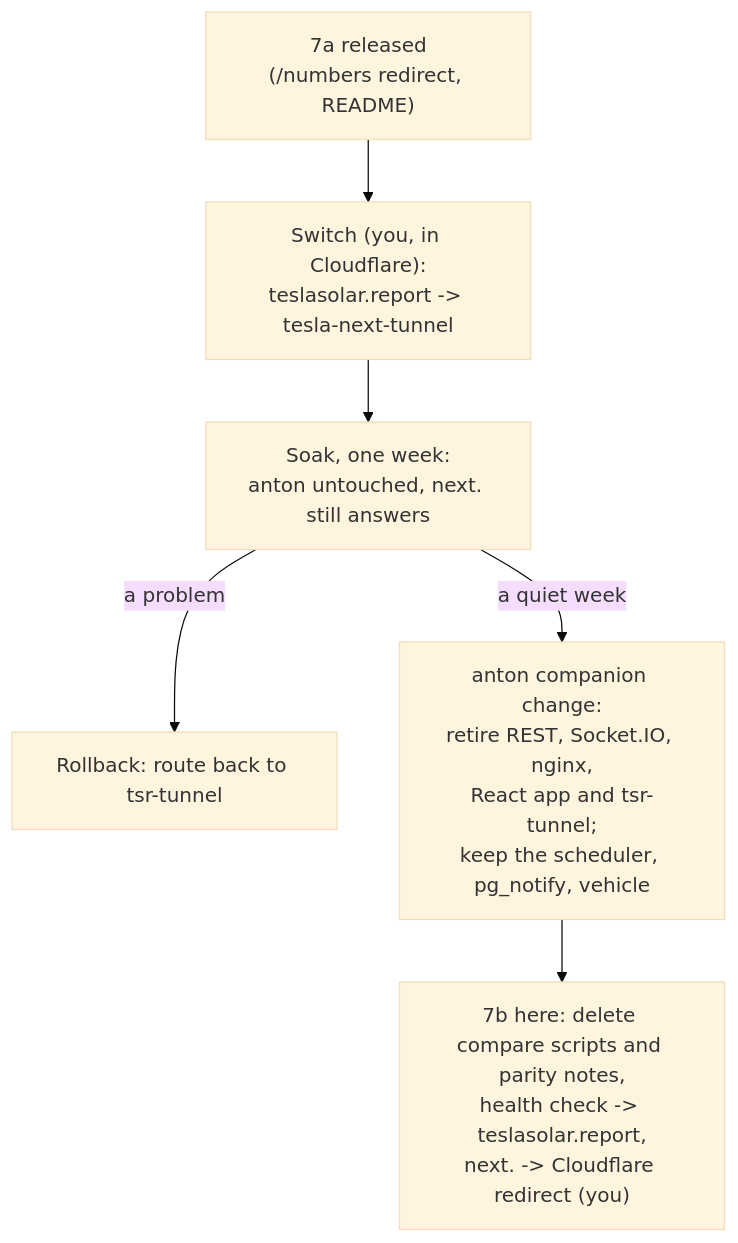
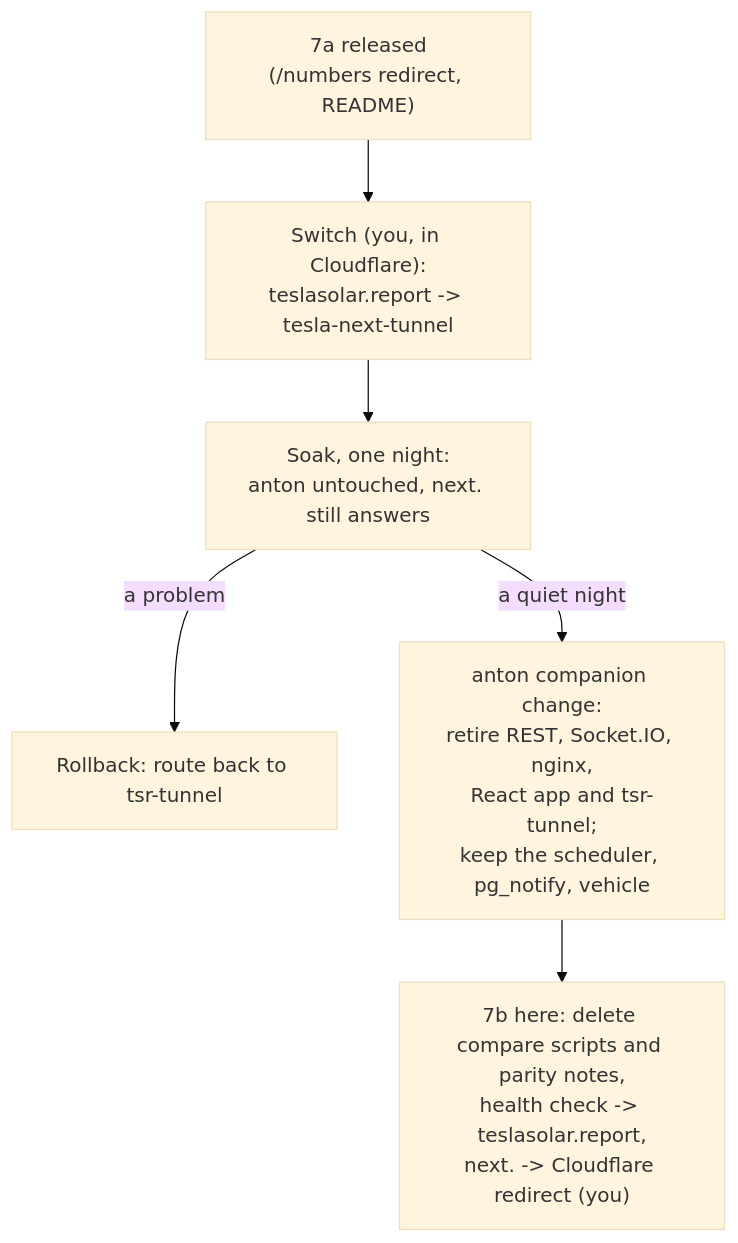
The diagram in openspec/changes/archive/2026-11-08-cutover/design.md (toddseller/tesla-next), drawn with Mermaid (base theme) before and after one commit. The commit also changed other lines of this file, not shown here.

Commit message:
Shorten the cutover soak to one night

````diff
--- a/openspec/changes/archive/2026-11-08-cutover/design.md
+++ b/openspec/changes/archive/2026-11-08-cutover/design.md
@@ -23,8 +23,8 @@
 ```mermaid
 flowchart TD
   A["7a released<br/>(/numbers redirect, README)"] --> B["Switch (you, in Cloudflare):<br/>teslasolar.report -> tesla-next-tunnel"]
-  B --> C["Soak, one week:<br/>anton untouched, next. still answers"]
+  B --> C["Soak, one night:<br/>anton untouched, next. still answers"]
   C -->|"a problem"| R["Rollback: route back to tsr-tunnel"]
-  C -->|"a quiet week"| D["anton companion change:<br/>retire REST, Socket.IO, nginx,<br/>React app and tsr-tunnel;<br/>keep the scheduler, pg_notify, vehicle"]
+  C -->|"a quiet night"| D["anton companion change:<br/>retire REST, Socket.IO, nginx,<br/>React app and tsr-tunnel;<br/>keep the scheduler, pg_notify, vehicle"]
   D --> E["7b here: delete compare scripts and parity notes,<br/>health check -> teslasolar.report,<br/>next. -> Cloudflare redirect (you)"]
 ```
````
